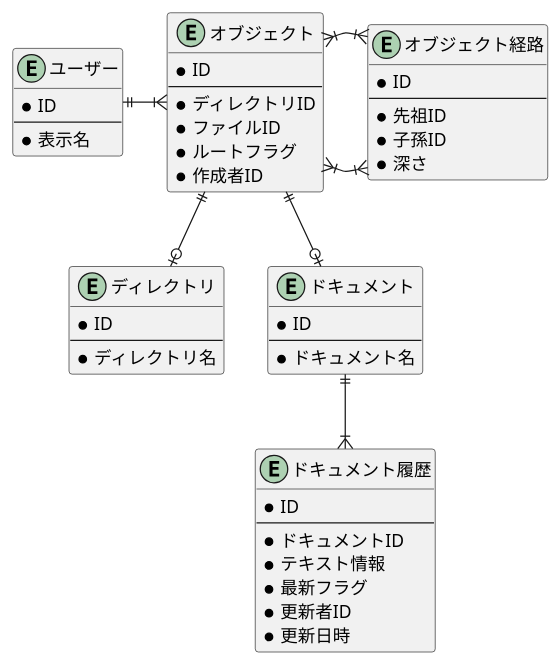
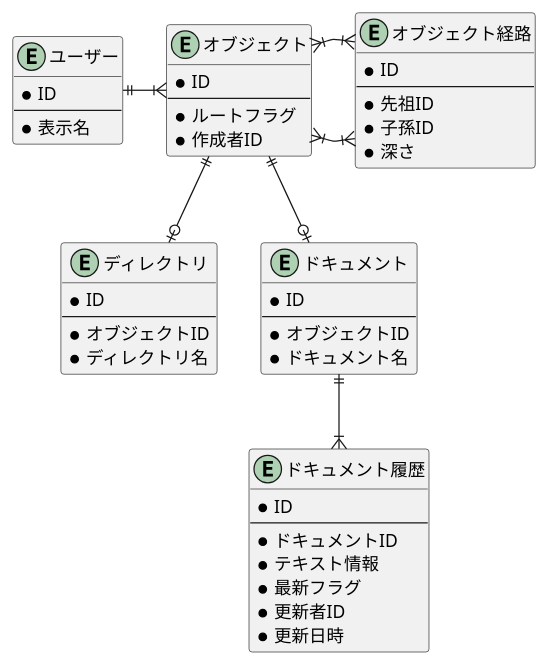
One commit to yudai64/PrAha-Challenge changed the diagram in DB/03/work/ER.puml. Above: the diagram before and after it, drawn with PlantUML.

Commit message:
外部キーを子テーブルに持たせる

```diff
--- a/DB/03/work/ER.puml
+++ b/DB/03/work/ER.puml
@@ -1,55 +1,55 @@
 @startuml
 
 entity "ユーザー" {
     *ID
     --
     *表示名
 }
 
 entity "オブジェクト" {
     *ID
     --
-    *ディレクトリID
-    *ファイルID
     *ルートフラグ
     *作成者ID
 }
 
 entity "ディレクトリ" {
     *ID
     --
+    *オブジェクトID
     *ディレクトリ名
 }
 
 entity "ドキュメント" {
     *ID
     --
+    *オブジェクトID
     *ドキュメント名
 }
 
 entity "ドキュメント履歴" {
     *ID
     --
     *ドキュメントID
     *テキスト情報
     *最新フラグ
     *更新者ID
     *更新日時
 }
 
 entity "オブジェクト経路" {
     *ID
     --
     *先祖ID
     *子孫ID
     *深さ
 }
 
 ユーザー ||-r-|{ オブジェクト
 オブジェクト ||-d-o| ドキュメント
 オブジェクト ||-d-o| ディレクトリ
 オブジェクト }|-r-|{ オブジェクト経路
 オブジェクト }|-r-|{ オブジェクト経路
 ドキュメント ||-d-|{ ドキュメント履歴
 
 @enduml
```
